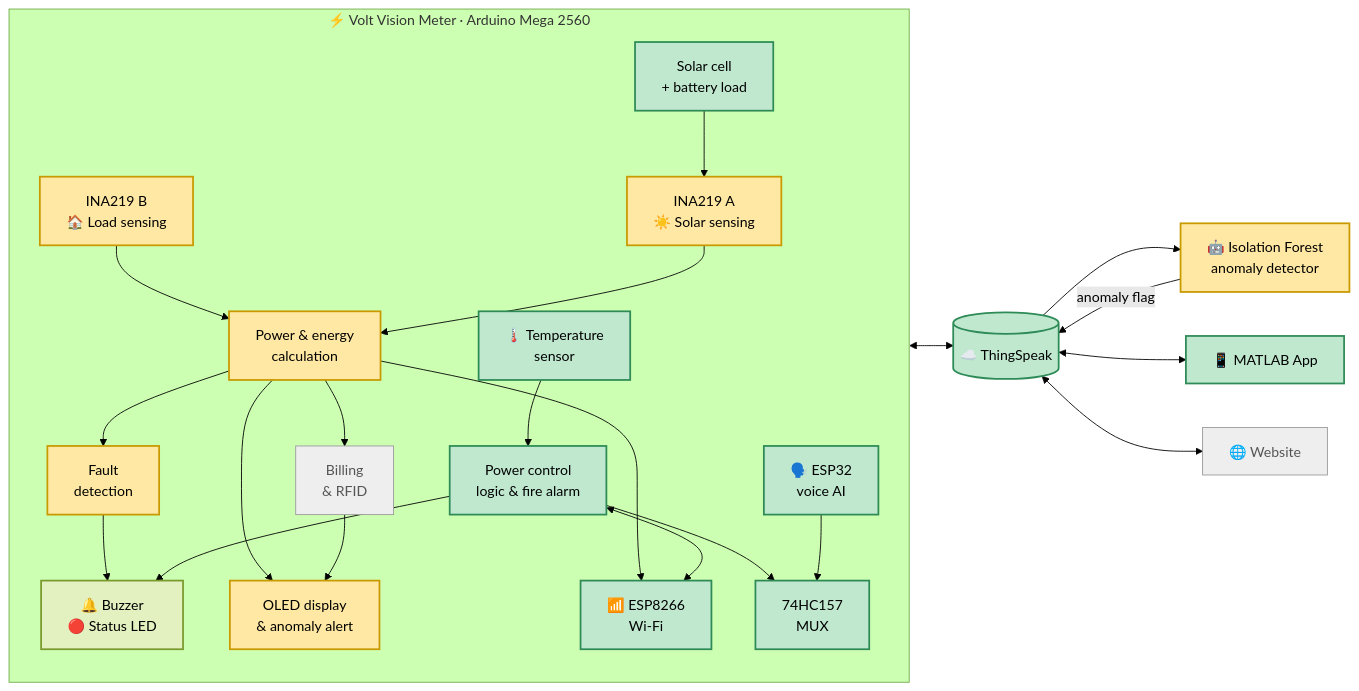
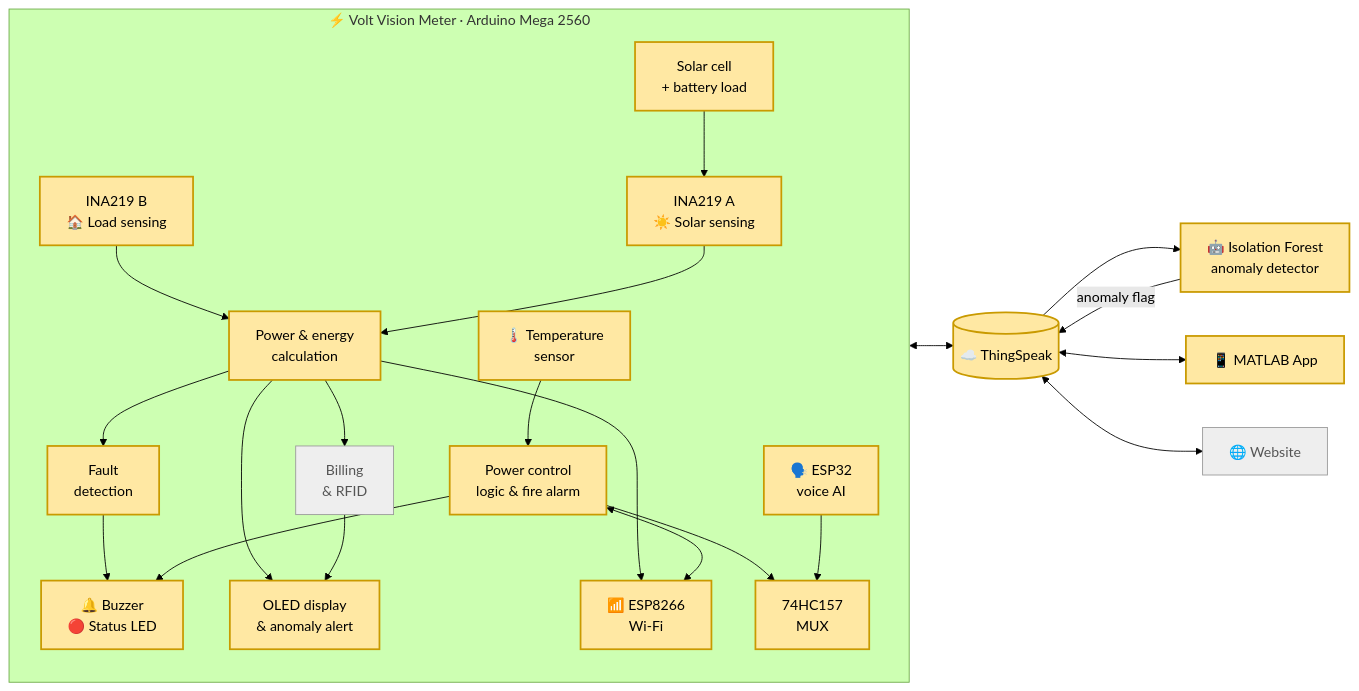
One commit to sarkeraumio/Smart-Electricity-Meter changed the first of 6 diagrams in README.md. Above: the diagram before and after it, drawn with Mermaid (forest theme). The commit also changed other lines of this file, not shown here.

````diff
--- a/README.md
+++ b/README.md
@@ -81,41 +80,41 @@
 ```mermaid
 flowchart LR
     subgraph METER["⚡ Volt Vision Meter · Arduino Mega 2560"]
         direction TB
         INAB["INA219 B<br/>🏠 Load sensing"]:::aumio
         INAA["INA219 A<br/>☀️ Solar sensing"]:::aumio
-        SOLAR["Solar cell<br/>+ battery load"]:::johnny --> INAA
+        SOLAR["Solar cell<br/>+ battery load"]:::aumio --> INAA
         MON["Power & energy<br/>calculation"]:::aumio
         FAULT["Fault<br/>detection"]:::aumio
         OLED["OLED display<br/>& anomaly alert"]:::aumio
         BILL["Billing<br/>& RFID"]:::team
-        TEMP["🌡️ Temperature<br/>sensor"]:::johnny
-        CTRL["Power control<br/>logic & fire alarm"]:::johnny
-        WIFI["📶 ESP8266<br/>Wi-Fi"]:::johnny
-        MUX["74HC157<br/>MUX"]:::johnny
-        VOICE["🗣️ ESP32<br/>voice AI"]:::johnny
-        ALERT["🔔 Buzzer<br/>🔴 Status LED"]:::shared
+        TEMP["🌡️ Temperature<br/>sensor"]:::aumio
+        CTRL["Power control<br/>logic & fire alarm"]:::aumio
+        WIFI["📶 ESP8266<br/>Wi-Fi"]:::aumio
+        MUX["74HC157<br/>MUX"]:::aumio
+        VOICE["🗣️ ESP32<br/>voice AI"]:::aumio
+        ALERT["🔔 Buzzer<br/>🔴 Status LED"]:::aumio
 
         INAB --> MON
         INAA --> MON
         MON --> FAULT --> ALERT
         MON --> OLED
         MON --> BILL --> OLED
         TEMP --> CTRL --> ALERT
         MON --> WIFI
         CTRL <--> WIFI
         CTRL --> MUX
         VOICE --> MUX
     end
 
-    WIFI <--> TS[("☁️ ThingSpeak")]:::johnny
+    WIFI <--> TS[("☁️ ThingSpeak")]:::aumio
     TS --> ML["🤖 Isolation Forest<br/>anomaly detector"]:::aumio
     ML -- anomaly flag --> TS
-    TS <--> APP["📱 MATLAB App"]:::johnny
+    TS <--> APP["📱 MATLAB App"]:::aumio
     TS <--> WEB["🌐 Website"]:::team
 
     classDef aumio fill:#FFE8A3,stroke:#C99A00,stroke-width:2px,color:#000
     classDef johnny fill:#BFE8CF,stroke:#2E8B57,stroke-width:2px,color:#000
     classDef shared fill:#E3F0C0,stroke:#7A9A2E,stroke-width:2px,color:#000
     classDef team fill:#EEEEEE,stroke:#999,color:#555
 ```
````
